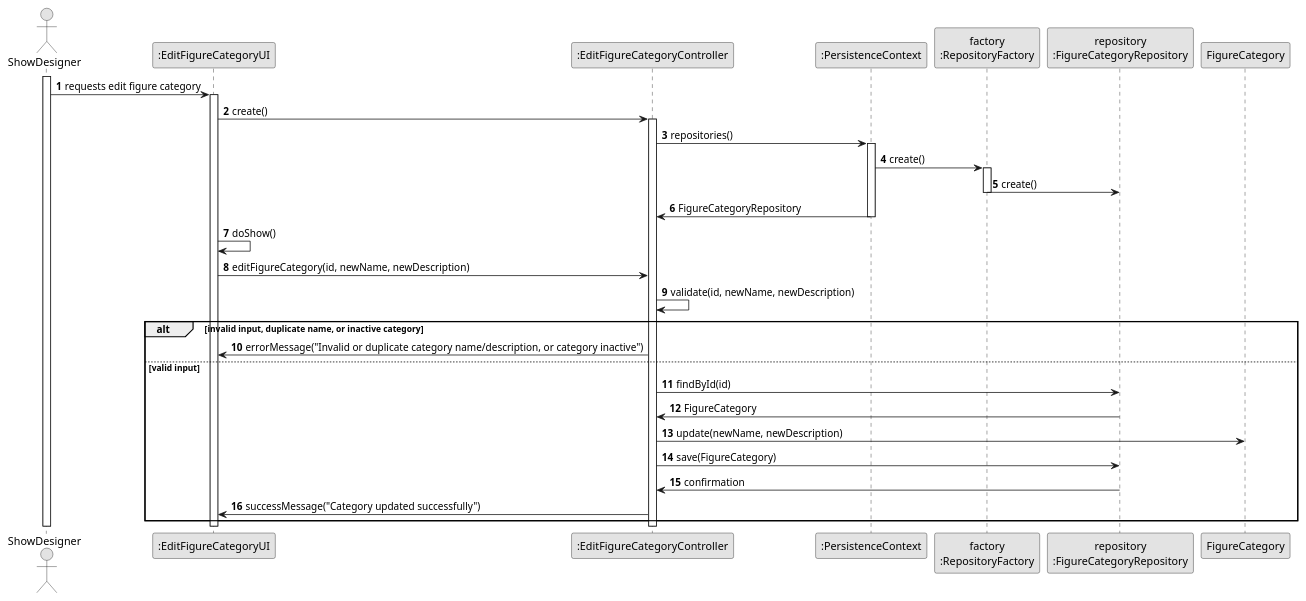
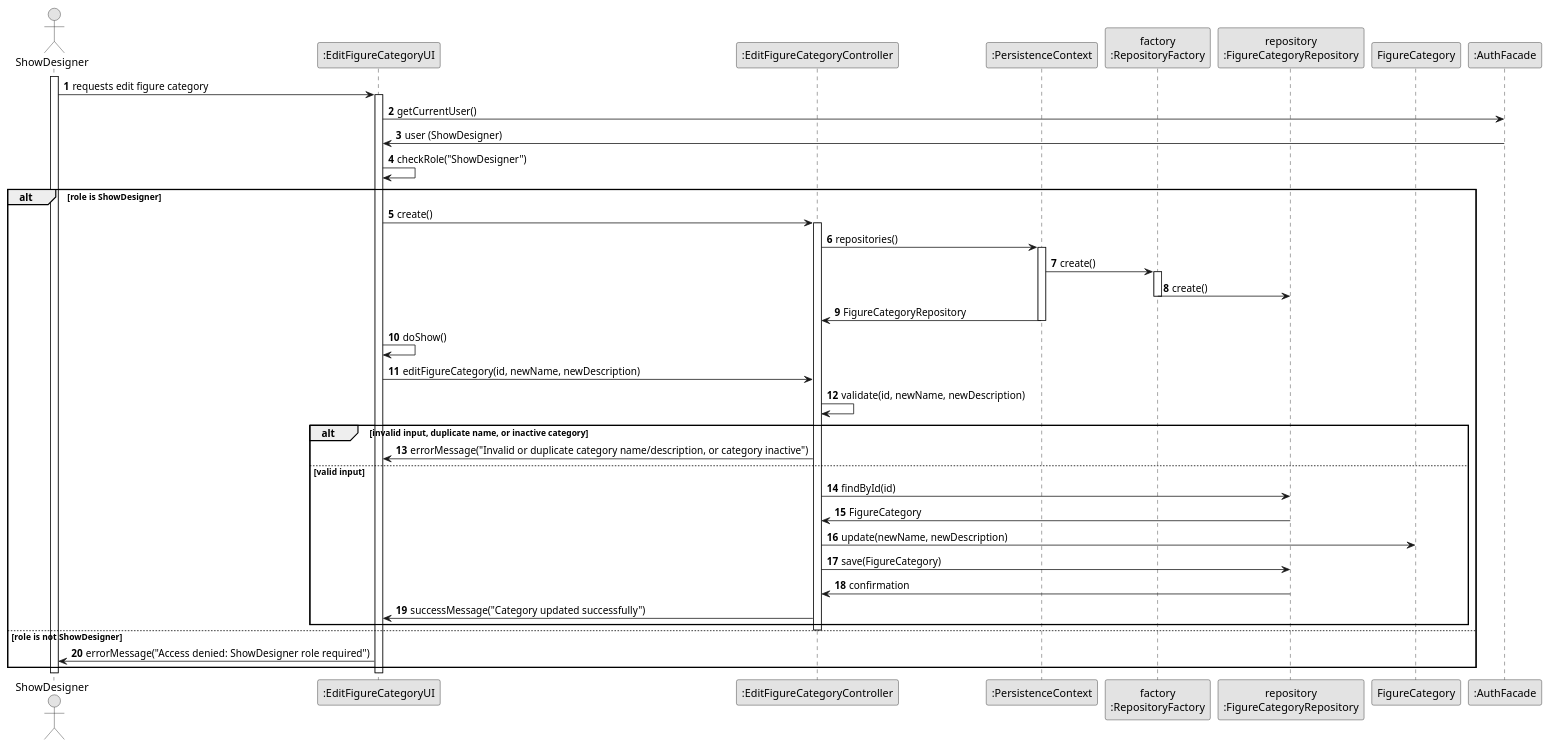
Before and after one commit to SAEmanuel/Shodrone_ISEP: the diagram in docs/planning/sprint2/EAPLI/US246 - Edit figure category/03.design/puml/us246-sequence-diagram-full.puml, drawn with PlantUML. The commit also changed 1 other file, not shown here.

Commit message:
us246: add user and role verification to design sequence diagram
Updated the design sequence diagram for US246 (Edit figure category) to explicitly include user authentication and role verification via AuthFacade. The flow now ensures only authenticated users with the ShowDesigner role can edit categories, aligning with security and authorization requirements.

Related to #1/#24/#33

```diff
--- a/docs/planning/sprint2/EAPLI/US246 - Edit figure category/03.design/puml/us246-sequence-diagram-full.puml
+++ b/docs/planning/sprint2/EAPLI/US246 - Edit figure category/03.design/puml/us246-sequence-diagram-full.puml
@@ -1,52 +1,61 @@
 @startuml
 skinparam monochrome true
 skinparam packageStyle rectangle
 skinparam shadowing false
 
 autonumber
 
 actor "ShowDesigner" as ACTOR
 participant ":EditFigureCategoryUI" as UI
 participant ":EditFigureCategoryController" as CTRL
 participant ":PersistenceContext" as PC
 participant "factory\n:RepositoryFactory" as FACTORY_INSTANCE
 participant "repository\n:FigureCategoryRepository" as REPO
 participant "FigureCategory" as FigureCategory
+participant ":AuthFacade" as AuthFacade
 
 activate ACTOR
 
 ACTOR -> UI : requests edit figure category
 
 activate UI
-UI -> CTRL : create()
+UI -> AuthFacade: getCurrentUser()
+AuthFacade -> UI: user (ShowDesigner)
+UI -> UI: checkRole("ShowDesigner")
+alt role is ShowDesigner
+    UI -> CTRL : create()
 
-activate CTRL
-CTRL -> PC: repositories()
-activate PC
-PC -> FACTORY_INSTANCE: create()
-activate FACTORY_INSTANCE
-FACTORY_INSTANCE -> REPO: create()
-deactivate FACTORY_INSTANCE
-PC -> CTRL: FigureCategoryRepository
-deactivate PC
+    activate CTRL
+    CTRL -> PC: repositories()
+    activate PC
+    PC -> FACTORY_INSTANCE: create()
+    activate FACTORY_INSTANCE
+    FACTORY_INSTANCE -> REPO: create()
+    deactivate FACTORY_INSTANCE
+    PC -> CTRL: FigureCategoryRepository
+    deactivate PC
 
-UI -> UI: doShow()
+    UI -> UI: doShow()
 
-UI -> CTRL: editFigureCategory(id, newName, newDescription)
-CTRL -> CTRL: validate(id, newName, newDescription)
-alt invalid input, duplicate name, or inactive category
-    CTRL -> UI: errorMessage("Invalid or duplicate category name/description, or category inactive")
-else valid input
-    CTRL -> REPO: findById(id)
-    REPO -> CTRL: FigureCategory
-    CTRL -> FigureCategory: update(newName, newDescription)
-    CTRL -> REPO: save(FigureCategory)
-    REPO -> CTRL: confirmation
-    CTRL -> UI: successMessage("Category updated successfully")
+    UI -> CTRL: editFigureCategory(id, newName, newDescription)
+    CTRL -> CTRL: validate(id, newName, newDescription)
+    alt invalid input, duplicate name, or inactive category
+        CTRL -> UI: errorMessage("Invalid or duplicate category name/description, or category inactive")
+    else valid input
+        CTRL -> REPO: findById(id)
+        REPO -> CTRL: FigureCategory
+        CTRL -> FigureCategory: update(newName, newDescription)
+        CTRL -> REPO: save(FigureCategory)
+        REPO -> CTRL: confirmation
+        CTRL -> UI: successMessage("Category updated successfully")
+    end
+
+    deactivate CTRL
+else role is not ShowDesigner
+    UI -> ACTOR: errorMessage("Access denied: ShowDesigner role required")
 end
 
-deactivate CTRL
 deactivate UI
 deactivate ACTOR
 
 @enduml
```
